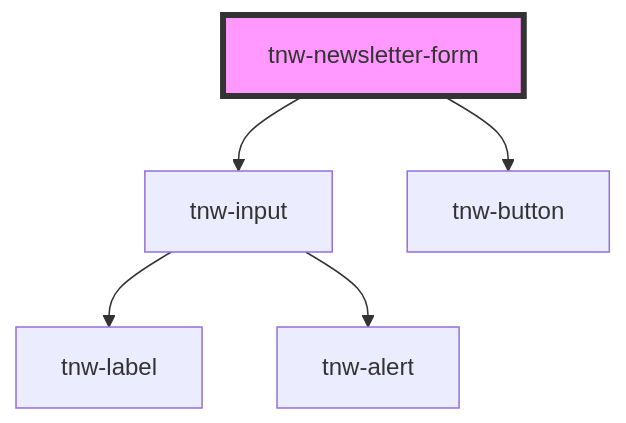
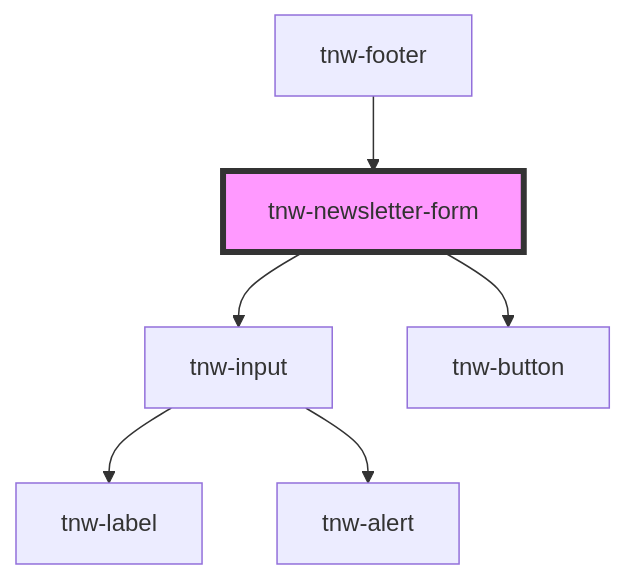
One commit to technway/technway-component-library changed the diagram in packages/stencil-library/src/components/tnw-newsletter-form/readme.md. Above: the diagram before and after it, drawn with Mermaid. The commit also changed other lines of this file and 18 other files, not shown here.

Commit message:
feat(components): improve tnw-footer and tnw-newsletter-form

````diff
--- a/packages/stencil-library/src/components/tnw-newsletter-form/readme.md
+++ b/packages/stencil-library/src/components/tnw-newsletter-form/readme.md
@@ -46,8 +53,9 @@
 ```mermaid
 graph TD;
   tnw-newsletter-form --> tnw-input
   tnw-newsletter-form --> tnw-button
   tnw-input --> tnw-label
   tnw-input --> tnw-alert
+  tnw-footer --> tnw-newsletter-form
   style tnw-newsletter-form fill:#f9f,stroke:#333,stroke-width:4px
 ```
````
